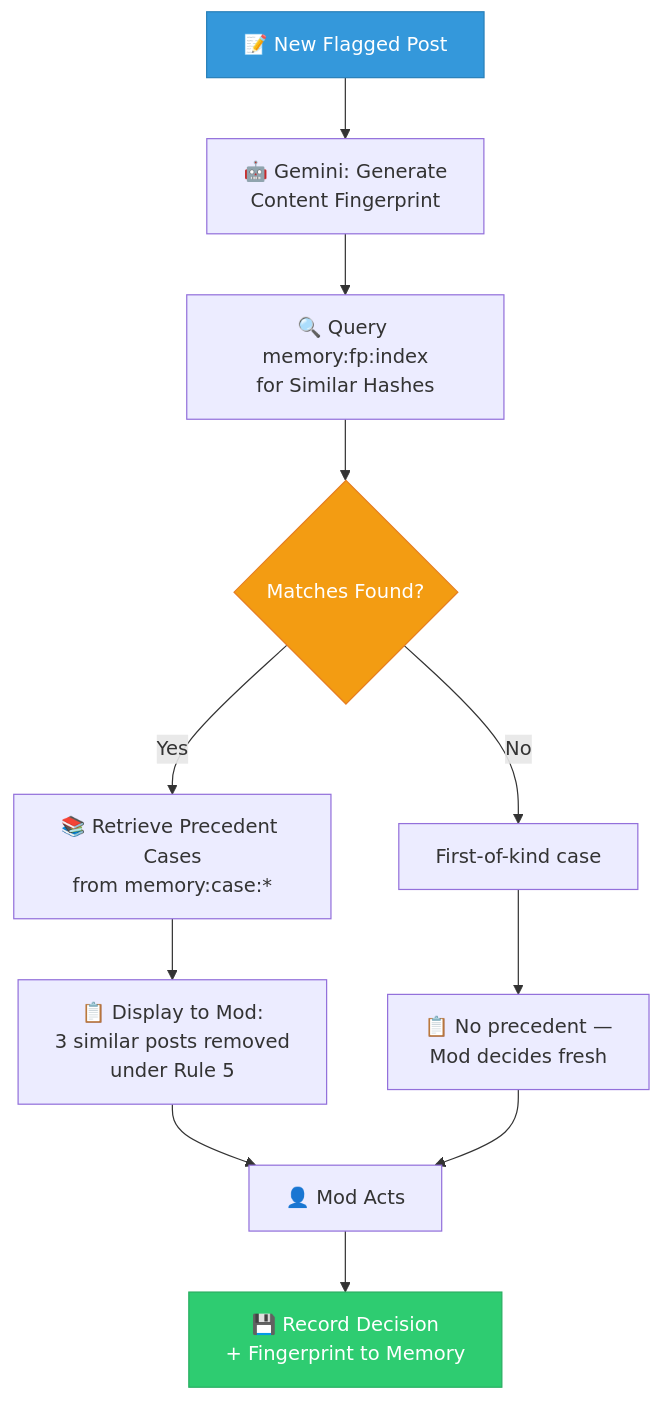
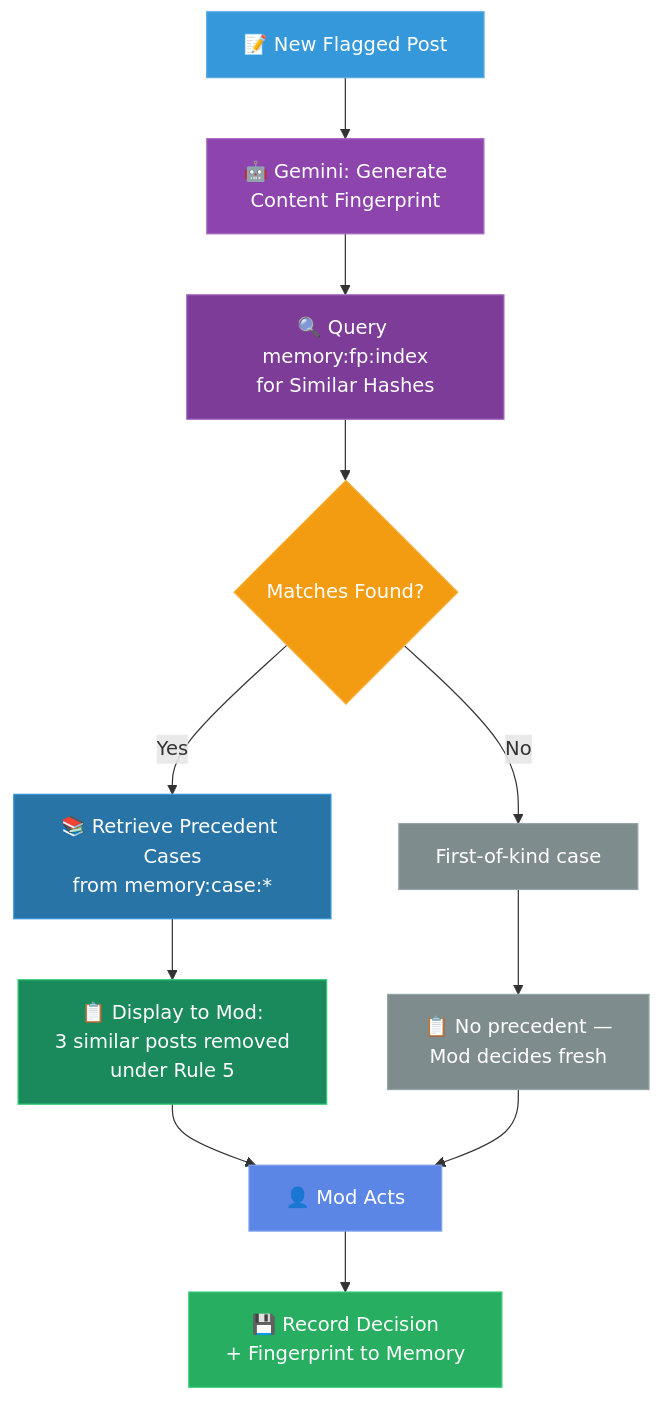
The fourth of 10 diagrams in README.md (Anbu-00001/Context_hunting), drawn with Mermaid before and after one commit. The commit also changed other lines of this file, not shown here.

Commit message:
fix: dark mode visibility — all Mermaid nodes now have explicit bright fills, light strokes, and white text

````diff
--- a/README.md
+++ b/README.md
@@ -103,17 +107,24 @@
 ```mermaid
 flowchart TD
     A["📝 New Flagged Post"] --> B["🤖 Gemini: Generate\nContent Fingerprint"]
     B --> C["🔍 Query memory:fp:index\nfor Similar Hashes"]
     C --> D{"Matches Found?"}
     D -->|Yes| E["📚 Retrieve Precedent Cases\nfrom memory:case:*"]
     D -->|No| F["First-of-kind case"]
     E --> G["📋 Display to Mod:\n3 similar posts removed\nunder Rule 5"]
     F --> G2["📋 No precedent —\nMod decides fresh"]
     G --> H["👤 Mod Acts"]
     G2 --> H
     H --> I["💾 Record Decision\n+ Fingerprint to Memory"]
 
-    style A fill:#3498db,stroke:#2980b9,color:#fff
-    style D fill:#f39c12,stroke:#e67e22,color:#fff
-    style I fill:#2ecc71,stroke:#27ae60,color:#fff
+    style A fill:#3498db,stroke:#5dade2,color:#fff
+    style B fill:#8e44ad,stroke:#a569bd,color:#fff
+    style C fill:#7d3c98,stroke:#a569bd,color:#fff
+    style D fill:#f39c12,stroke:#f5b041,color:#fff
+    style E fill:#2874a6,stroke:#3498db,color:#fff
+    style F fill:#7f8c8d,stroke:#95a5a6,color:#fff
+    style G fill:#1a8a5c,stroke:#2ecc71,color:#fff
+    style G2 fill:#7f8c8d,stroke:#95a5a6,color:#fff
+    style H fill:#5b86e5,stroke:#7ea1ed,color:#fff
+    style I fill:#27ae60,stroke:#2ecc71,color:#fff
 ```
````
